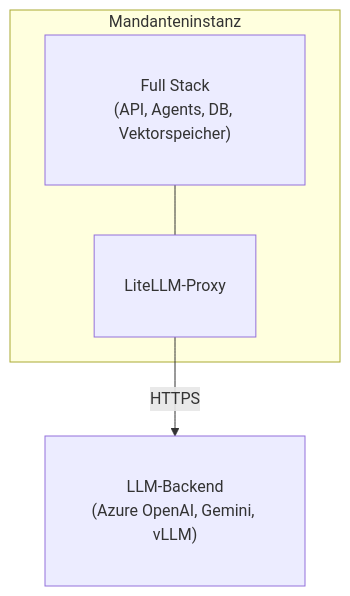
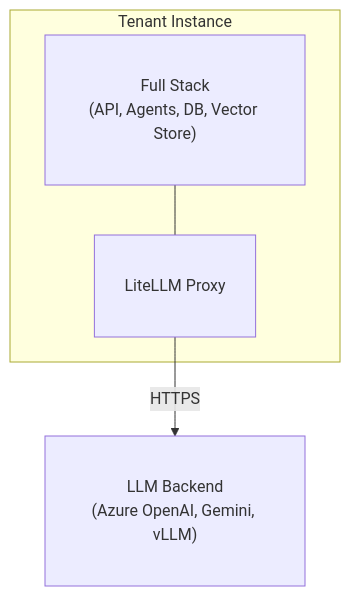
The first of 2 diagrams in aihub_doc/docs/2_platform/3_deployment_guide/1_deployment_options/index.de.md (bbvch-ai/aihub-core), drawn with Mermaid before and after one commit. The commit also changed other lines of this file and 65 other files, not shown here.

````diff
--- a/aihub_doc/docs/2_platform/3_deployment_guide/1_deployment_options/index.de.md
+++ b/aihub_doc/docs/2_platform/3_deployment_guide/1_deployment_options/index.de.md
@@ -201,14 +201,14 @@
 ```mermaid
 graph TB
-    subgraph Mandant["Mandanteninstanz"]
-        Stack["Full Stack<br/>(API, Agents, DB, Vektorspeicher)"]
-        Proxy["LiteLLM-Proxy"]
+    subgraph Tenant["Tenant Instance"]
+        Stack["Full Stack<br/>(API, Agents, DB, Vector Store)"]
+        Proxy["LiteLLM Proxy"]
         Stack --- Proxy
     end
 
-    Backend["LLM-Backend<br/>(Azure OpenAI, Gemini, vLLM)"]
+    Backend["LLM Backend<br/>(Azure OpenAI, Gemini, vLLM)"]
 
     Proxy -->|HTTPS| Backend
 
     classDef default font-size:16px,padding:20px
 ```
````
